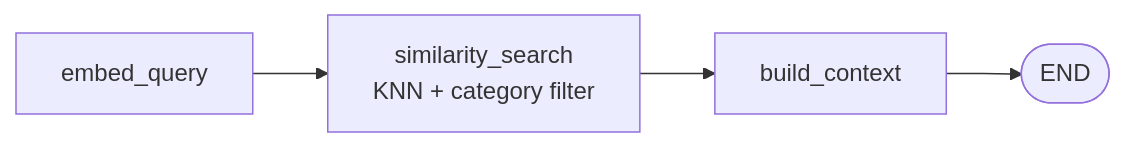
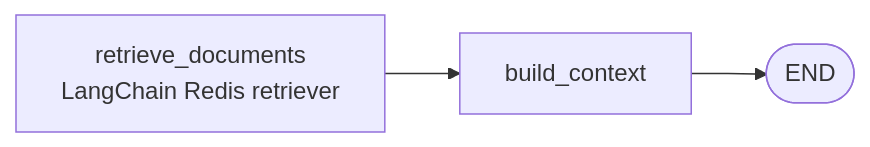
Before and after one commit to zsitvat/RAG-assistant: the second of 2 diagrams in .docs/plan/02-technical-design.en.md, drawn with Mermaid. The commit also changed other lines of this file and 19 other files, not shown here.

````diff
--- a/.docs/plan/02-technical-design.en.md
+++ b/.docs/plan/02-technical-design.en.md
@@ -766,6 +796,5 @@
 ```mermaid
 flowchart LR
-    A["embed_query"] --> B["similarity_search<br/>KNN + category filter"]
-    B --> C["build_context"]
-    C --> D([END])
+    A["retrieve_documents<br/>LangChain Redis retriever"] --> B["build_context"]
+    B --> C([END])
 ```
````
